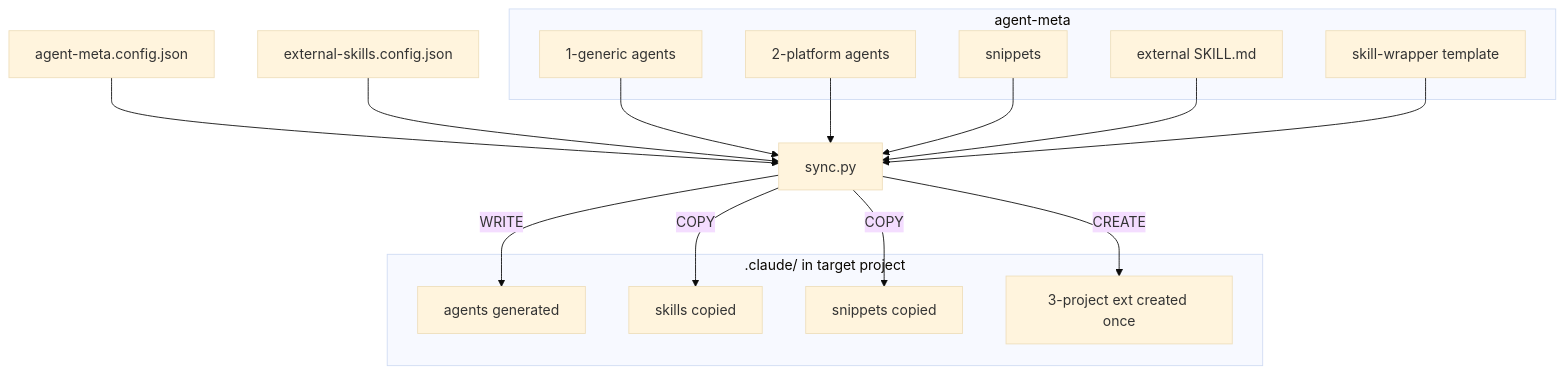
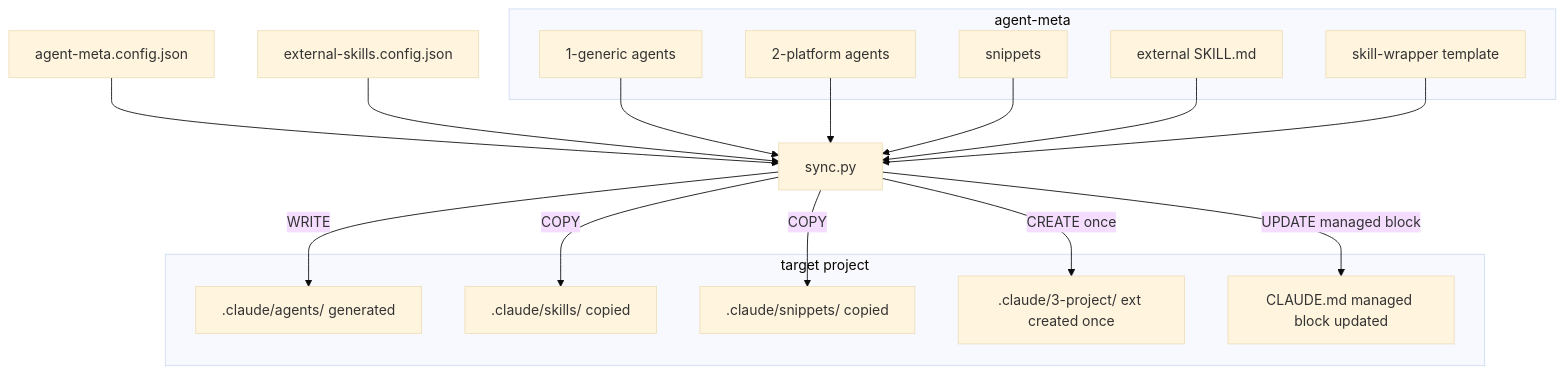
Before and after one commit to Popoboxxo/agent-meta: the diagram in docs/architecture/02-sync-flow.md, drawn with Mermaid (base theme). The commit also changed other lines of this file and 4 other files, not shown here.

First line of the commit message:
docs: update howtos and architecture docs to v0.14.0

````diff
--- a/docs/architecture/02-sync-flow.md
+++ b/docs/architecture/02-sync-flow.md
@@ -5,34 +5,36 @@
 ```mermaid
 flowchart TD
     CFG[agent-meta.config.json]
     ECFG[external-skills.config.json]
     SYNC[sync.py]
 
     subgraph sources [agent-meta]
         G1[1-generic agents]
         G2[2-platform agents]
         SN[snippets]
         EX[external SKILL.md]
         WR[skill-wrapper template]
     end
 
-    subgraph target [.claude/ in target project]
-        AG[agents generated]
-        SK[skills copied]
-        SNC[snippets copied]
-        EXT[3-project ext created once]
+    subgraph target [target project]
+        AG[.claude/agents/ generated]
+        SK[.claude/skills/ copied]
+        SNC[.claude/snippets/ copied]
+        EXT[.claude/3-project/ ext created once]
+        CLA[CLAUDE.md managed block updated]
     end
 
     CFG --> SYNC
     ECFG --> SYNC
     G1 --> SYNC
     G2 --> SYNC
     SN --> SYNC
     EX --> SYNC
     WR --> SYNC
 
     SYNC -->|WRITE| AG
     SYNC -->|COPY| SNC
     SYNC -->|COPY| SK
-    SYNC -->|CREATE| EXT
+    SYNC -->|CREATE once| EXT
+    SYNC -->|UPDATE managed block| CLA
 ```
````
